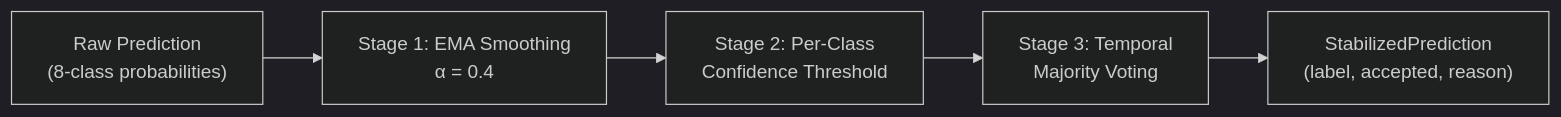
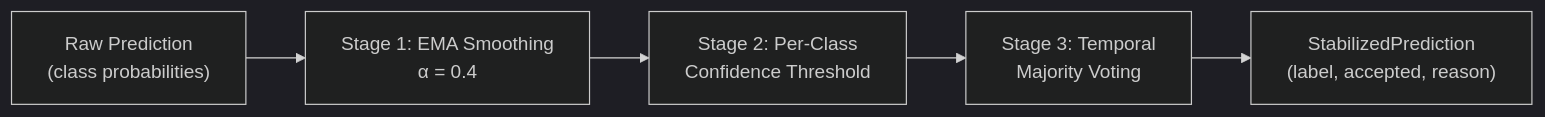
Before and after one commit to ntsrigaud/Maestro: the fourth of 6 diagrams in docs/architecture/process-view.md, drawn with Mermaid (dark theme). The commit also changed other lines of this file and 6 other files, not shown here.

First line of the commit message:
docs(model): align architectural documents with new model defaults

````diff
--- a/docs/architecture/process-view.md
+++ b/docs/architecture/process-view.md
@@ -154,7 +154,7 @@
 ```mermaid
 graph LR
-    Raw["Raw Prediction<br/>(8-class probabilities)"] --> EMA["Stage 1: EMA Smoothing<br/>α = 0.4"]
+    Raw["Raw Prediction<br/>(class probabilities)"] --> EMA["Stage 1: EMA Smoothing<br/>α = 0.4"]
     EMA --> Threshold["Stage 2: Per-Class<br/>Confidence Threshold"]
     Threshold --> Vote["Stage 3: Temporal<br/>Majority Voting"]
     Vote --> Output["StabilizedPrediction<br/>(label, accepted, reason)"]
 ```
````
